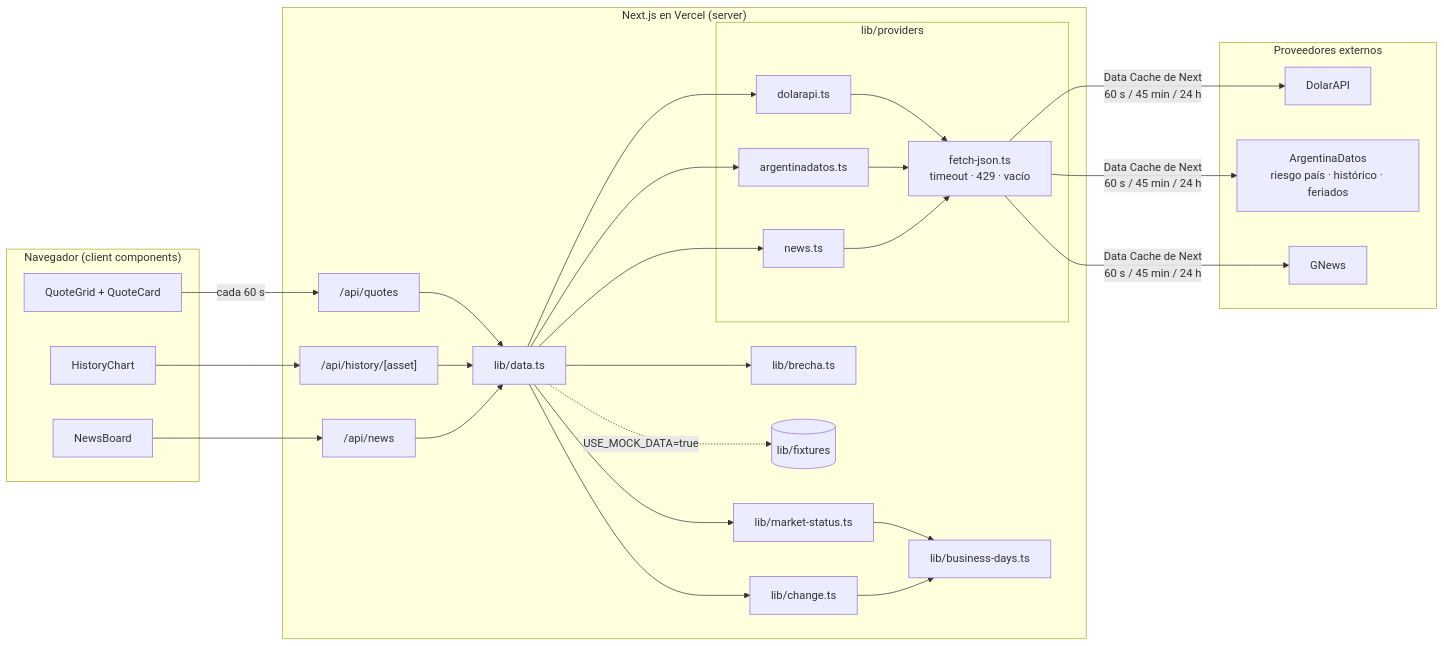
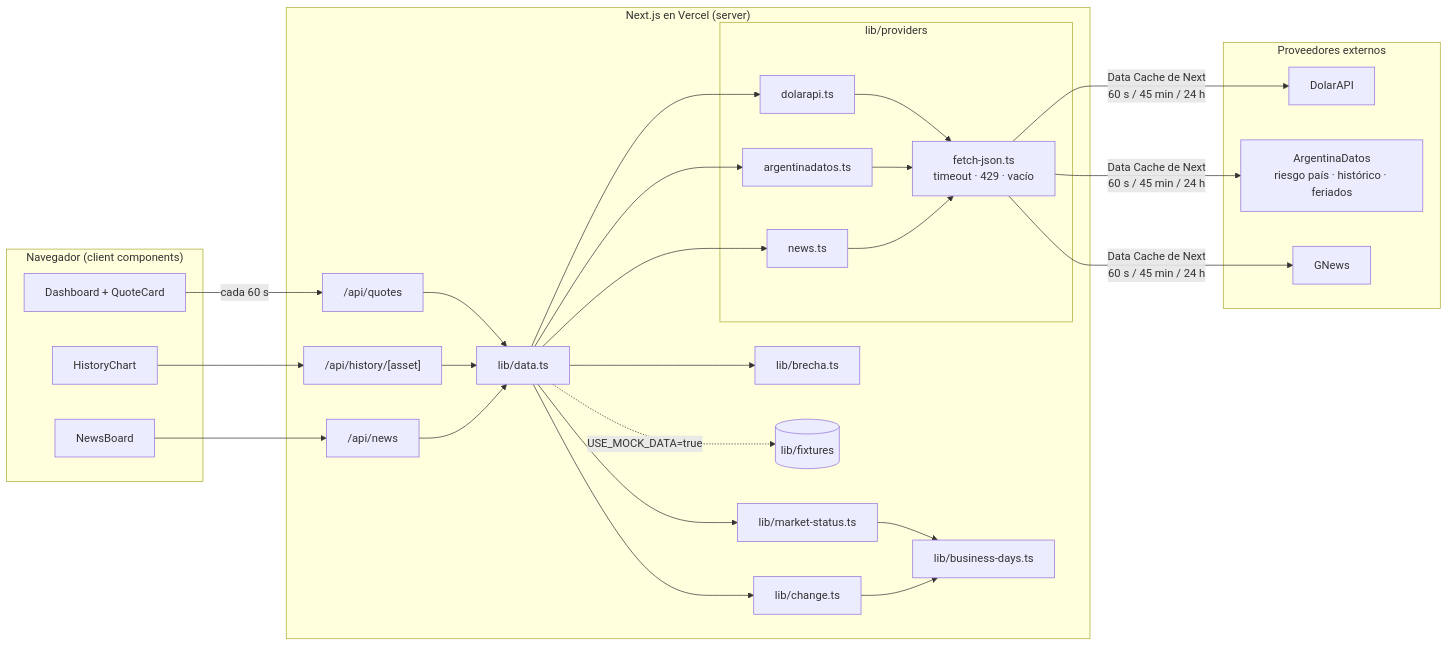
Before and after one commit to matire4/tablero-mercado: the diagram in docs/arquitectura.md, drawn with Mermaid. The commit also changed other lines of this file and 7 other files, not shown here.

````diff
--- a/docs/arquitectura.md
+++ b/docs/arquitectura.md
@@ -9,43 +9,43 @@
 ```mermaid
 flowchart LR
   subgraph Cliente["Navegador (client components)"]
-    QG[QuoteGrid + QuoteCard]
+    QG[Dashboard + QuoteCard]
     HC[HistoryChart]
     NB[NewsBoard]
   end
 
   subgraph Server["Next.js en Vercel (server)"]
     RQ["/api/quotes"]
     RH["/api/history/[asset]"]
     RN["/api/news"]
     D[lib/data.ts]
     BD[lib/business-days.ts]
     MS[lib/market-status.ts]
     CH[lib/change.ts]
     BR[lib/brecha.ts]
     FX[(lib/fixtures)]
     subgraph P[lib/providers]
       FJ[fetch-json.ts<br/>timeout · 429 · vacío]
       DA[dolarapi.ts]
       AD[argentinadatos.ts]
       NW[news.ts]
     end
   end
 
   subgraph Ext["Proveedores externos"]
     E1[DolarAPI]
     E2[ArgentinaDatos<br/>riesgo país · histórico · feriados]
     E3[GNews]
   end
 
   QG -->|"cada 60 s"| RQ
   HC --> RH
   NB --> RN
   RQ & RH & RN --> D
   D --> MS & CH & BR
   MS & CH --> BD
   D -.->|USE_MOCK_DATA=true| FX
   D --> DA & AD & NW
   DA & AD & NW --> FJ
   FJ -->|"Data Cache de Next<br/>60 s / 45 min / 24 h"| E1 & E2 & E3
 ```
````
